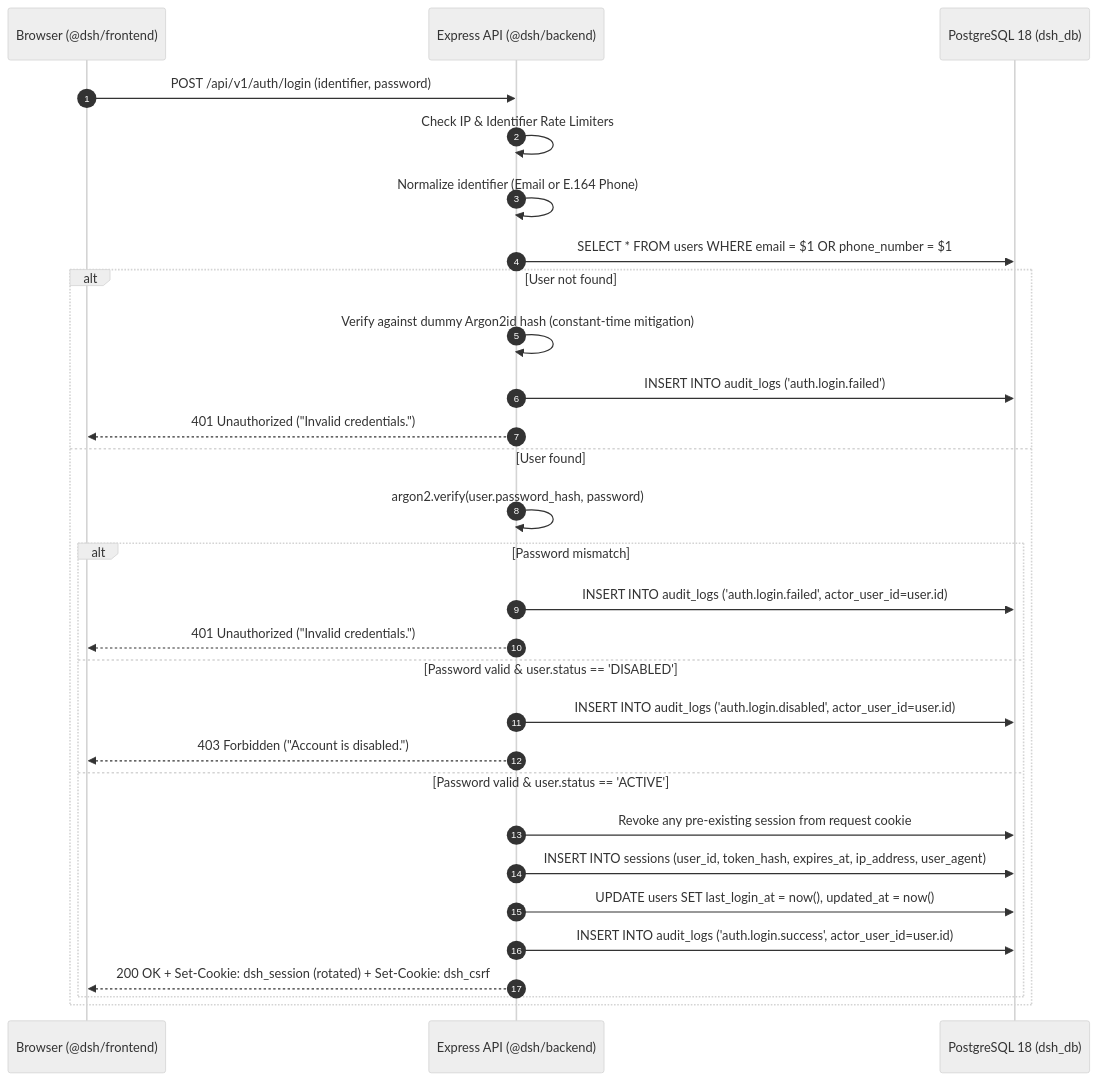
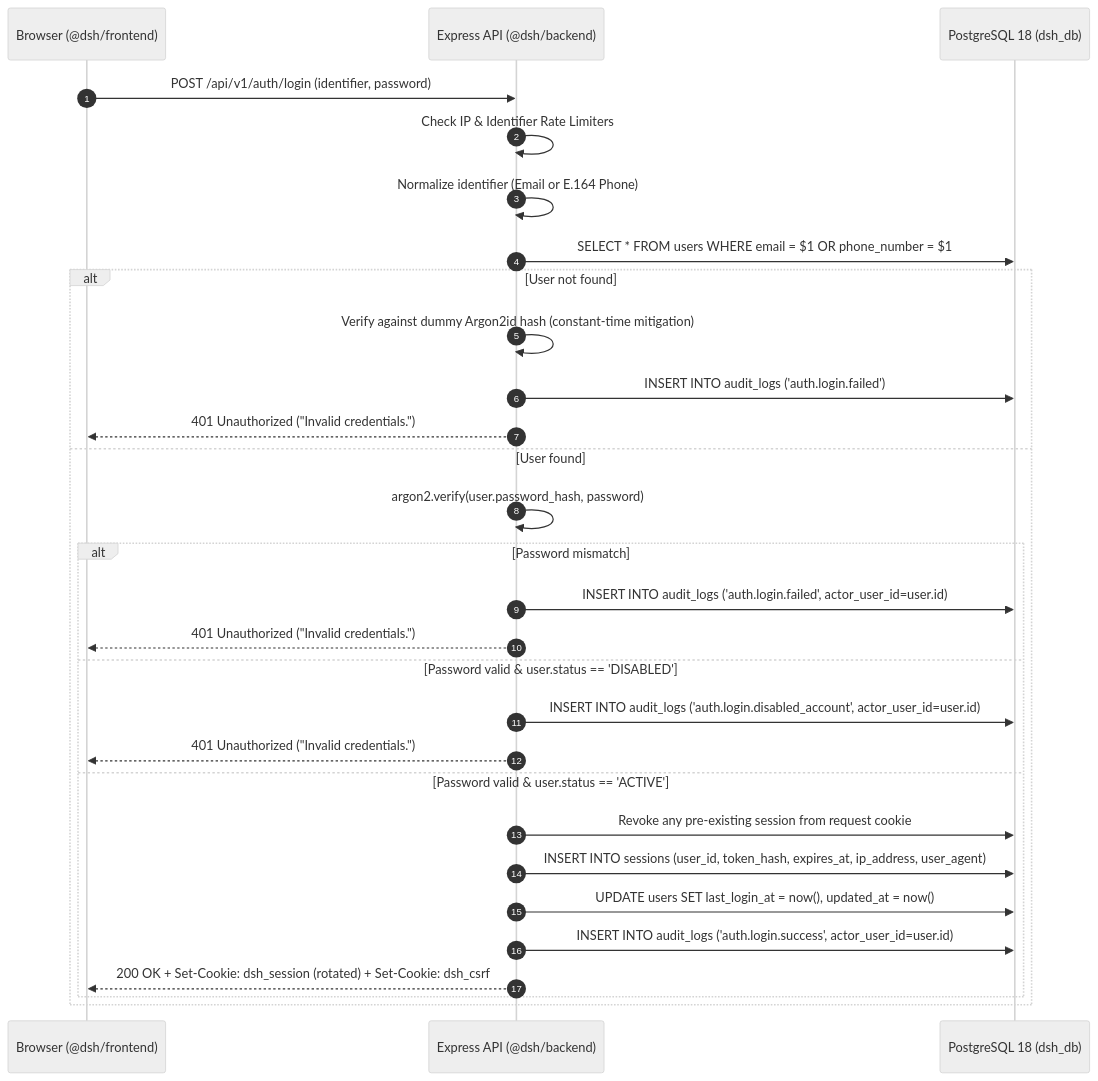
Before and after one commit to FREDRICKMWANGI2000/DHS: the second of 4 diagrams in docs/AUTH_ARCHITECTURE.md, drawn with Mermaid (neutral theme). The commit also changed other lines of this file and 12 other files, not shown here.

````diff
--- a/docs/AUTH_ARCHITECTURE.md
+++ b/docs/AUTH_ARCHITECTURE.md
@@ -166,32 +167,32 @@
 ```mermaid
 sequenceDiagram
     autonumber
     participant Client as Browser (@dsh/frontend)
     participant API as Express API (@dsh/backend)
     participant DB as PostgreSQL 18 (dsh_db)
 
     Client->>API: POST /api/v1/auth/login (identifier, password)
     API->>API: Check IP & Identifier Rate Limiters
     API->>API: Normalize identifier (Email or E.164 Phone)
     API->>DB: SELECT * FROM users WHERE email = $1 OR phone_number = $1
     alt User not found
         API->>API: Verify against dummy Argon2id hash (constant-time mitigation)
         API->>DB: INSERT INTO audit_logs ('auth.login.failed')
         API-->>Client: 401 Unauthorized ("Invalid credentials.")
     else User found
         API->>API: argon2.verify(user.password_hash, password)
         alt Password mismatch
             API->>DB: INSERT INTO audit_logs ('auth.login.failed', actor_user_id=user.id)
             API-->>Client: 401 Unauthorized ("Invalid credentials.")
         else Password valid & user.status == 'DISABLED'
-            API->>DB: INSERT INTO audit_logs ('auth.login.disabled', actor_user_id=user.id)
-            API-->>Client: 403 Forbidden ("Account is disabled.")
+            API->>DB: INSERT INTO audit_logs ('auth.login.disabled_account', actor_user_id=user.id)
+            API-->>Client: 401 Unauthorized ("Invalid credentials.")
         else Password valid & user.status == 'ACTIVE'
             API->>DB: Revoke any pre-existing session from request cookie
             API->>DB: INSERT INTO sessions (user_id, token_hash, expires_at, ip_address, user_agent)
             API->>DB: UPDATE users SET last_login_at = now(), updated_at = now()
             API->>DB: INSERT INTO audit_logs ('auth.login.success', actor_user_id=user.id)
             API-->>Client: 200 OK + Set-Cookie: dsh_session (rotated) + Set-Cookie: dsh_csrf
         end
     end
 ```
````
